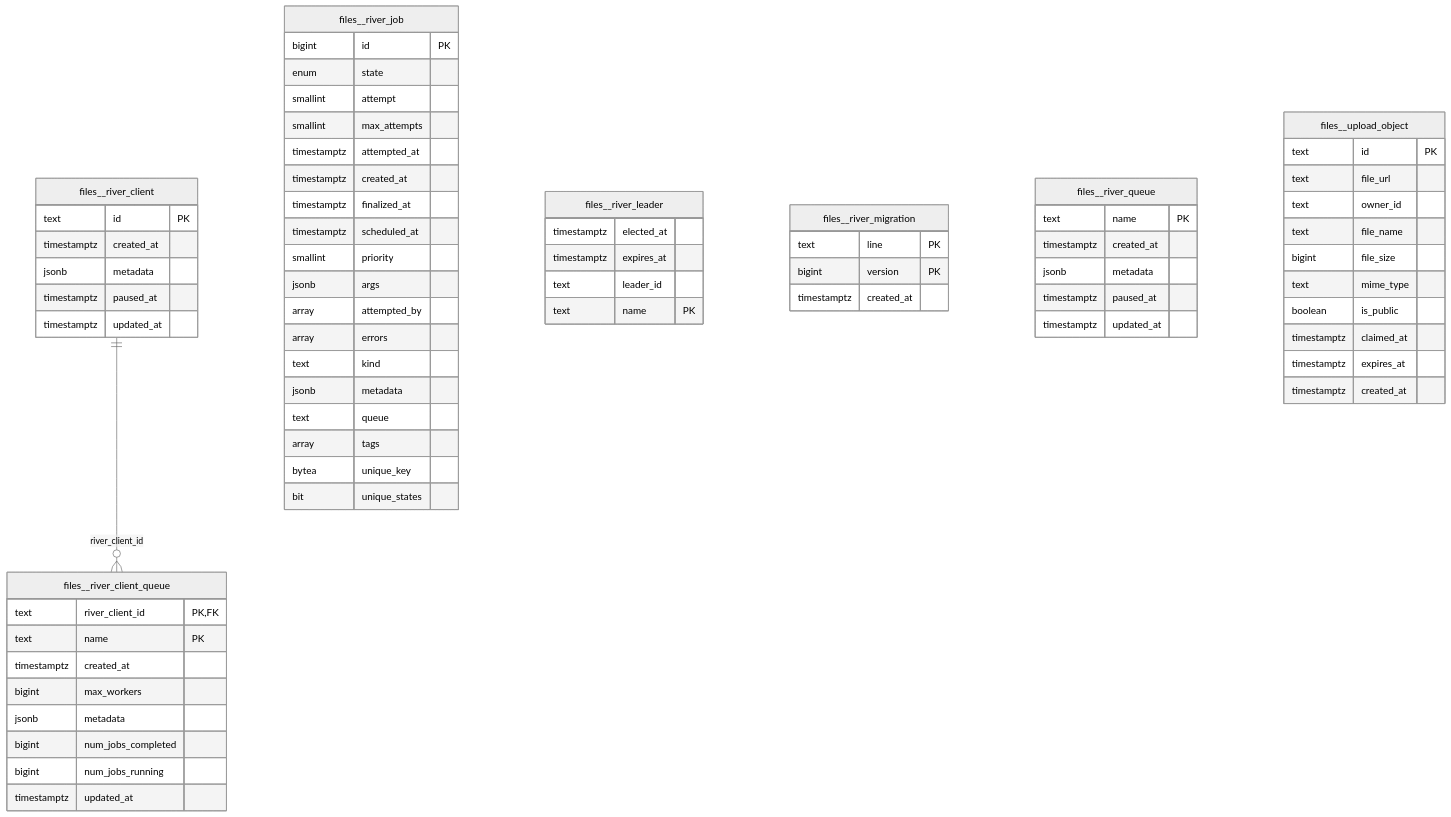
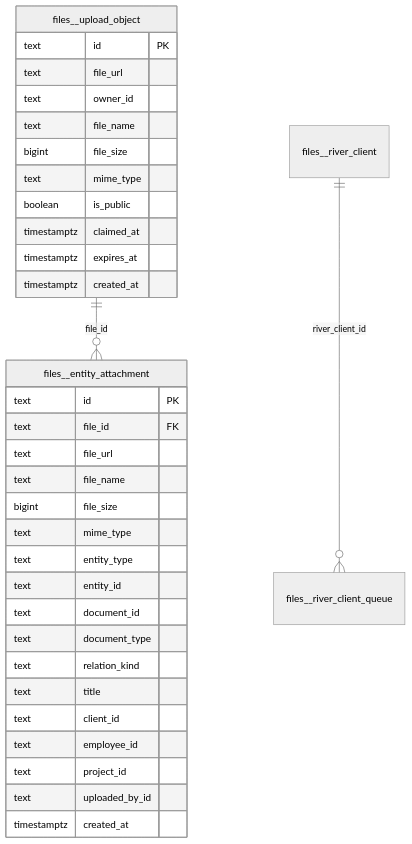
One commit to sahmedhusain/ishoot.bh changed the fifth of 15 diagrams in docs/ERD.md. Above: the diagram before and after it, drawn with Mermaid (neutral theme). The commit also changed other lines of this file and 496 other files, not shown here.

````diff
--- a/docs/ERD.md
+++ b/docs/ERD.md
@@ -1652,71 +1747,36 @@
 ```mermaid
 erDiagram
-    files__river_client {
+    files__entity_attachment {
         text id PK
+        text file_id FK
+        text file_url
+        text file_name
+        bigint file_size
+        text mime_type
+        text entity_type
+        text entity_id
+        text document_id
+        text document_type
+        text relation_kind
+        text title
+        text client_id
+        text employee_id
+        text project_id
+        text uploaded_by_id
         timestamptz created_at
-        jsonb metadata
-        timestamptz paused_at
-        timestamptz updated_at
-    }
-    files__river_client_queue {
-        text river_client_id PK,FK
-        text name PK
-        timestamptz created_at
-        bigint max_workers
-        jsonb metadata
-        bigint num_jobs_completed
-        bigint num_jobs_running
-        timestamptz updated_at
-    }
-    files__river_job {
-        bigint id PK
-        enum state
-        smallint attempt
-        smallint max_attempts
-        timestamptz attempted_at
-        timestamptz created_at
-        timestamptz finalized_at
-        timestamptz scheduled_at
-        smallint priority
-        jsonb args
-        array attempted_by
-        array errors
-        text kind
-        jsonb metadata
-        text queue
-        array tags
-        bytea unique_key
-        bit unique_states
-    }
-    files__river_leader {
-        timestamptz elected_at
-        timestamptz expires_at
-        text leader_id
-        text name PK
-    }
-    files__river_migration {
-        text line PK
-        bigint version PK
-        timestamptz created_at
-    }
-    files__river_queue {
-        text name PK
-        timestamptz created_at
-        jsonb metadata
-        timestamptz paused_at
-        timestamptz updated_at
     }
     files__upload_object {
         text id PK
         text file_url
         text owner_id
         text file_name
         bigint file_size
         text mime_type
         boolean is_public
         timestamptz claimed_at
         timestamptz expires_at
         timestamptz created_at
     }
+    files__upload_object ||--o{ files__entity_attachment : "file_id"
     files__river_client ||--o{ files__river_client_queue : "river_client_id"
 ```
````
